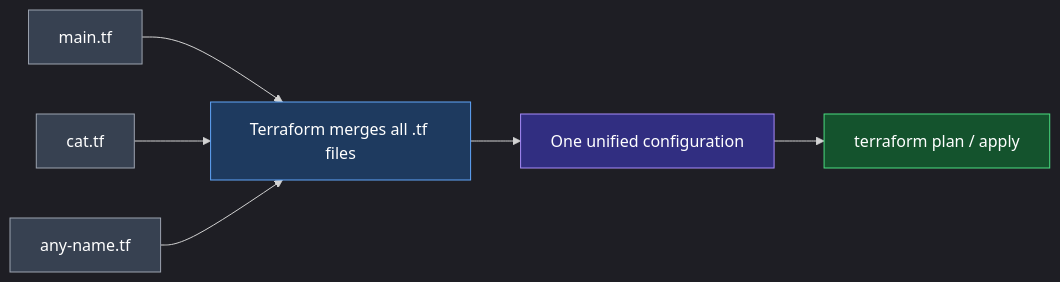
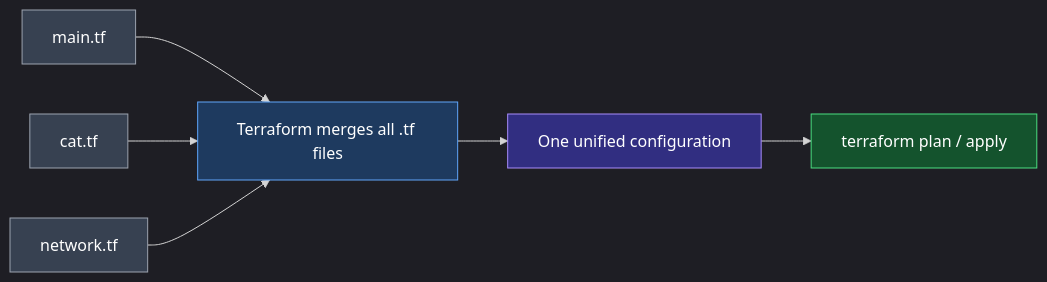
The second of 3 diagrams in 04_Core_Terraform_Basics/02_Configuration_Directory.md (nirajp82/Terraform_Basics), drawn with Mermaid before and after one commit. The commit also changed other lines of this file and 1 other file, not shown here.

Commit message:
Update Diagram

````diff
--- a/04_Core_Terraform_Basics/02_Configuration_Directory.md
+++ b/04_Core_Terraform_Basics/02_Configuration_Directory.md
@@ -99,16 +98,16 @@
 ```mermaid
 %%{init: {'theme': 'dark', 'flowchart': {'htmlLabels': true}}}%%
 flowchart LR
-  F1["main.tf"] --> MERGE["Terraform merges all .tf files"]
-  F2["cat.tf"] --> MERGE
-  F3["any-name.tf"] --> MERGE
-  MERGE --> CONFIG["One unified configuration"]
-  CONFIG --> PLAN["terraform plan / apply"]
+    F1["main.tf"] --> MERGE["Terraform merges all .tf files"]
+    F2["cat.tf"] --> MERGE
+    F3["network.tf"] --> MERGE
+    MERGE --> CONFIG["One unified configuration"]
+    CONFIG --> PLAN["terraform plan / apply"]
 
-  style F1 fill:#374151,stroke:#9ca3af,color:#ffffff
-  style F2 fill:#374151,stroke:#9ca3af,color:#ffffff
-  style F3 fill:#374151,stroke:#9ca3af,color:#ffffff
-  style MERGE fill:#1e3a5f,stroke:#60a5fa,color:#ffffff
-  style CONFIG fill:#312e81,stroke:#a78bfa,color:#ffffff
-  style PLAN fill:#14532d,stroke:#4ade80,color:#ffffff
+    style F1 fill:#374151,stroke:#9ca3af,color:#ffffff
+    style F2 fill:#374151,stroke:#9ca3af,color:#ffffff
+    style F3 fill:#374151,stroke:#9ca3af,color:#ffffff
+    style MERGE fill:#1e3a5f,stroke:#60a5fa,color:#ffffff
+    style CONFIG fill:#312e81,stroke:#a78bfa,color:#ffffff
+    style PLAN fill:#14532d,stroke:#4ade80,color:#ffffff
 ```
````
